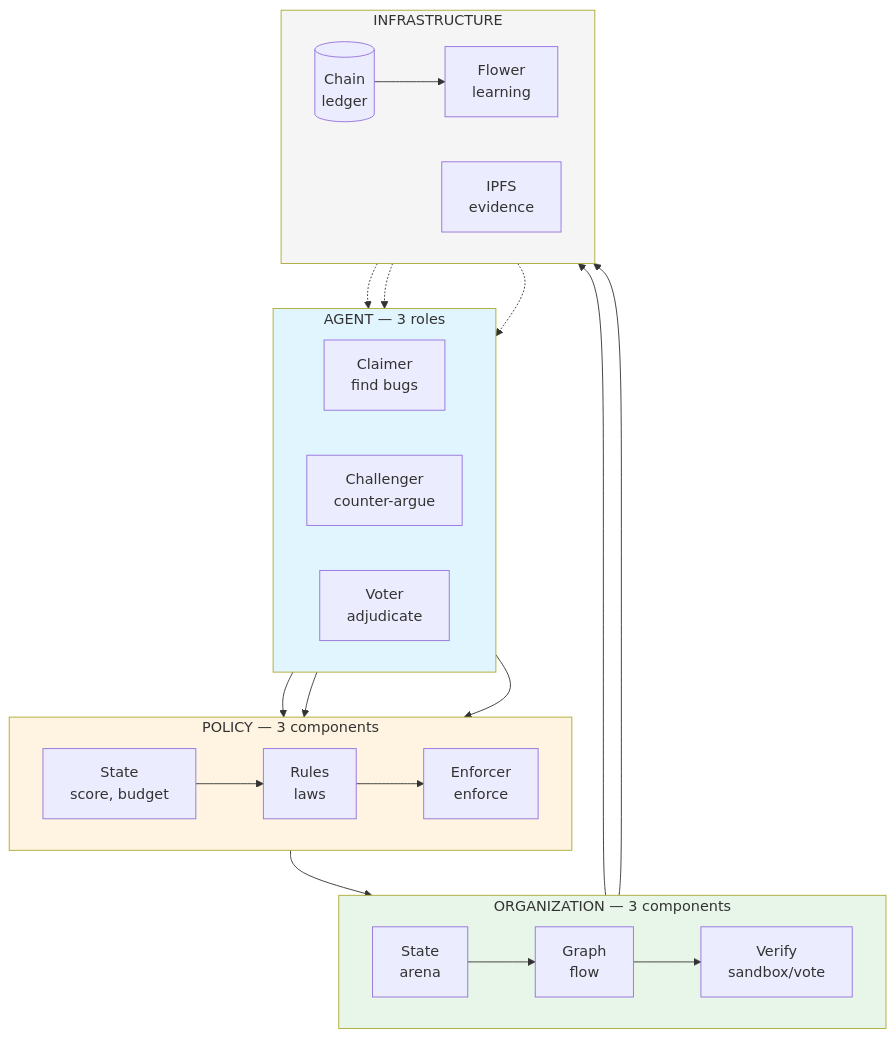
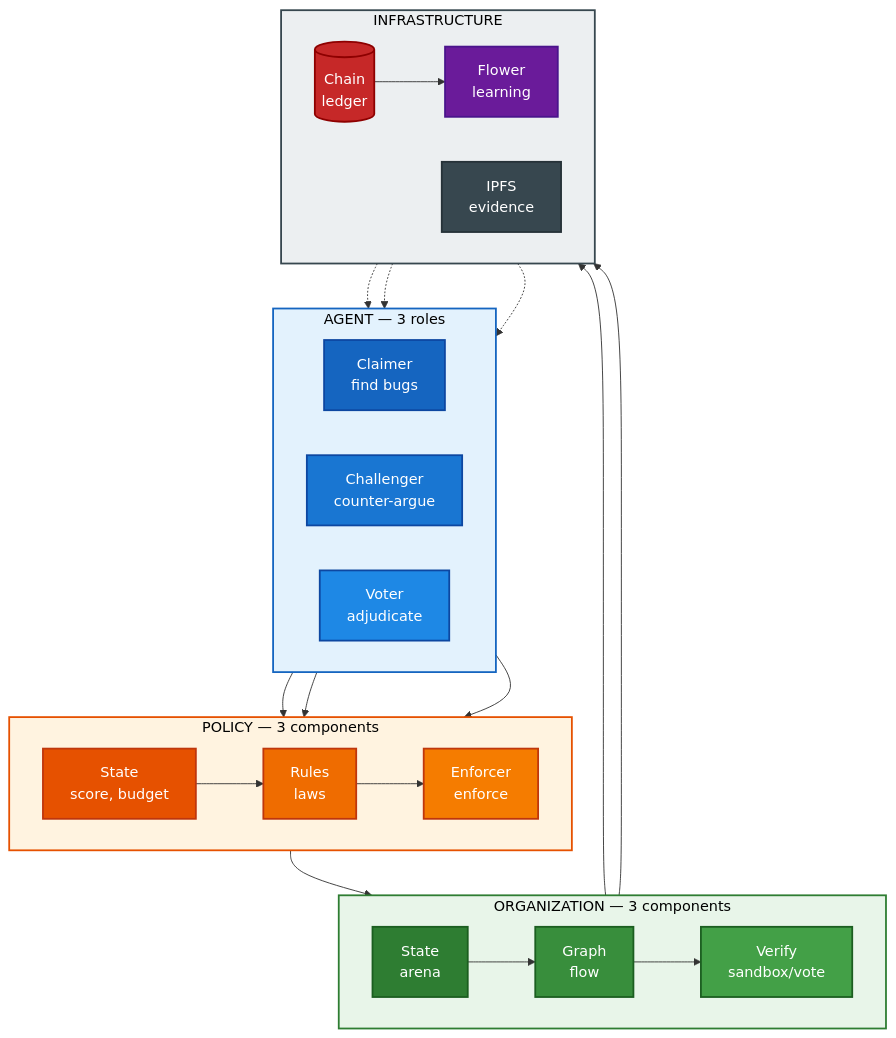
Before and after one commit to doyouwantto2/IE105: the third of 3 diagrams in README.md, drawn with Mermaid. The commit also changed other lines of this file, not shown here.

````diff
--- a/README.md
+++ b/README.md
@@ -57,44 +61,60 @@
 ```mermaid
 flowchart TB
     subgraph Agents["AGENT — 3 roles"]
         direction LR
         A1[Claimer<br/>find bugs]
         A2[Challenger<br/>counter-argue]
         A3[Voter<br/>adjudicate]
     end
 
     subgraph Policy["POLICY — 3 components"]
         direction LR
         P1[State<br/>score, budget]
         P2[Rules<br/>laws]
         P3[Enforcer<br/>enforce]
     end
 
     subgraph Org["ORGANIZATION — 3 components"]
         direction LR
         O1[State<br/>arena]
         O2[Graph<br/>flow]
         O3[Verify<br/>sandbox/vote]
     end
 
     subgraph Ext["INFRASTRUCTURE"]
         direction LR
         C[(Chain<br/>ledger)]
         F[Flower<br/>learning]
         I[IPFS<br/>evidence]
     end
 
     A1 & A2 & A3 --> P1
     P1 --> P2 --> P3
     P3 --> O1
     O1 --> O2 --> O3
     O3 --> C
     O3 --> I
     C --> F
     F -.-> A1 & A2 & A3
 
-    style Agents fill:#e1f5ff
-    style Policy fill:#fff4e1
-    style Org fill:#e8f5e9
-    style Ext fill:#f5f5f5
+    style A1 fill:#1565C0,color:#FFFFFF,stroke:#0D47A1,stroke-width:2px
+    style A2 fill:#1976D2,color:#FFFFFF,stroke:#0D47A1,stroke-width:2px
+    style A3 fill:#1E88E5,color:#FFFFFF,stroke:#0D47A1,stroke-width:2px
+
+    style P1 fill:#E65100,color:#FFFFFF,stroke:#BF360C,stroke-width:2px
+    style P2 fill:#EF6C00,color:#FFFFFF,stroke:#BF360C,stroke-width:2px
+    style P3 fill:#F57C00,color:#FFFFFF,stroke:#BF360C,stroke-width:2px
+
+    style O1 fill:#2E7D32,color:#FFFFFF,stroke:#1B5E20,stroke-width:2px
+    style O2 fill:#388E3C,color:#FFFFFF,stroke:#1B5E20,stroke-width:2px
+    style O3 fill:#43A047,color:#FFFFFF,stroke:#1B5E20,stroke-width:2px
+
+    style C fill:#C62828,color:#FFFFFF,stroke:#8E0000,stroke-width:2px
+    style F fill:#6A1B9A,color:#FFFFFF,stroke:#4A148C,stroke-width:2px
+    style I fill:#37474F,color:#FFFFFF,stroke:#263238,stroke-width:2px
+
+    style Agents fill:#E3F2FD,stroke:#1565C0,stroke-width:2px,color:#000000
+    style Policy fill:#FFF3E0,stroke:#E65100,stroke-width:2px,color:#000000
+    style Org fill:#E8F5E9,stroke:#2E7D32,stroke-width:2px,color:#000000
+    style Ext fill:#ECEFF1,stroke:#37474F,stroke-width:2px,color:#000000
 ```
````
